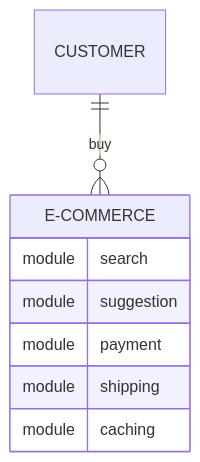
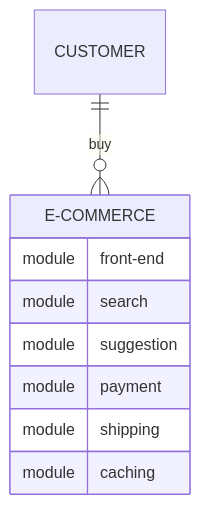
The first of 2 diagrams in docs/concepts.md (beezy-cloud/project-pancake), drawn with Mermaid before and after one commit. The commit also changed other lines of this file, not shown here.

````diff
--- a/docs/concepts.md
+++ b/docs/concepts.md
@@ -45,11 +45,12 @@
 ```mermaid
     erDiagram
     CUSTOMER ||--o{ E-COMMERCE : buy
     E-COMMERCE {
+      module front-end
       module search
       module suggestion
       module payment
       module shipping
       module caching
     }
 ```
````
